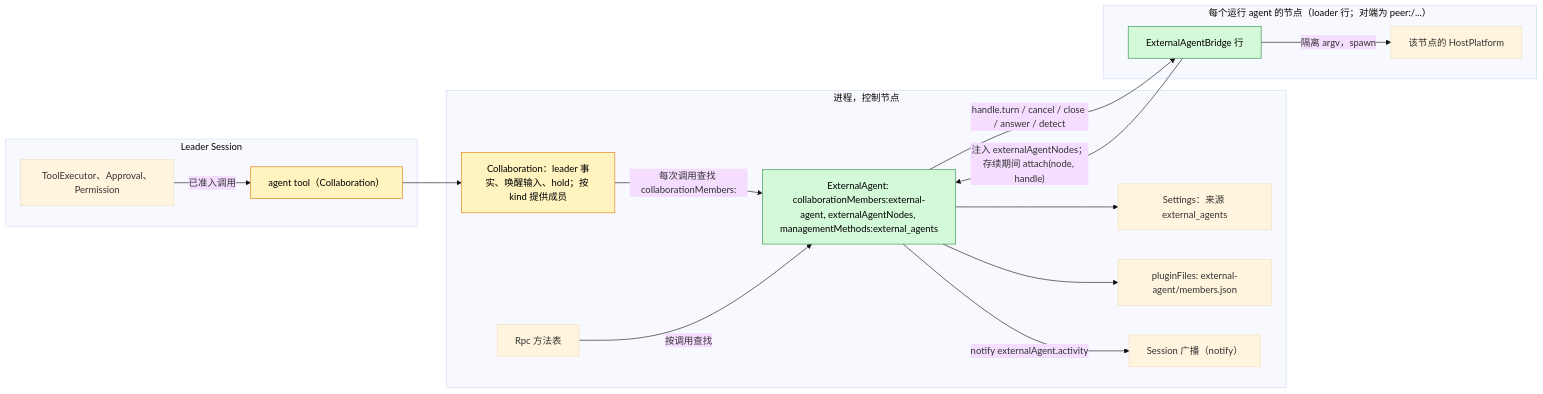
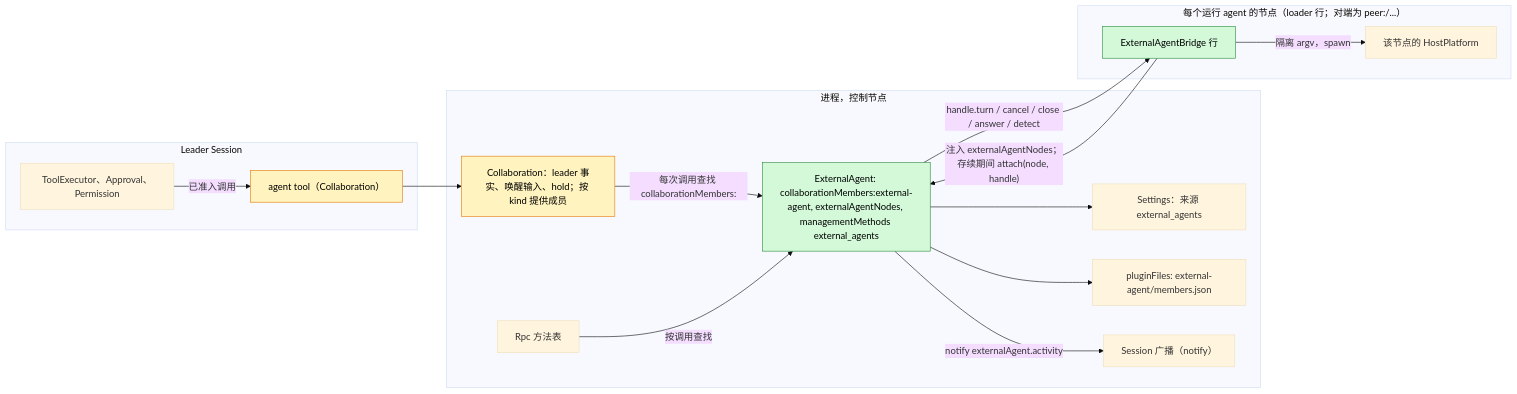
The first of 4 diagrams in docs/zh/design/plugins/ExternalAgent.md (CoutinhoTTS/dim-agent), drawn with Mermaid (base theme) before and after one commit. The commit also changed other lines of this file and 163 other files, not shown here.

````diff
--- a/docs/zh/design/plugins/ExternalAgent.md
+++ b/docs/zh/design/plugins/ExternalAgent.md
@@ -31,31 +31,31 @@
 ```mermaid
 flowchart LR
   classDef new fill:#d3f9d8,stroke:#2b8a3e,color:#000
   classDef chg fill:#fff3bf,stroke:#e67700,color:#000
   subgraph leader["Leader Session"]
     Tool["agent tool（Collaboration）"]:::chg
     TE["ToolExecutor、Approval、Permission"]
   end
   subgraph proc["进程，控制节点"]
     Coll["Collaboration：leader 事实、唤醒输入、hold；按 kind 提供成员"]:::chg
-    EA["ExternalAgent: collaborationMembers:external-agent, externalAgentNodes, managementMethods:external_agents"]:::new
+    EA["ExternalAgent: collaborationMembers:external-agent, externalAgentNodes, managementMethods external_agents"]:::new
     Settings["Settings：来源 external_agents"]
     PF["pluginFiles: external-agent/members.json"]
     SB["Session 广播（notify）"]
     Rpc["Rpc 方法表"]
   end
   subgraph node["每个运行 agent 的节点（loader 行；对端为 peer:<node>/...）"]
     BR["ExternalAgentBridge 行"]:::new
     HP["该节点的 HostPlatform"]
   end
   TE -->|"已准入调用"| Tool
   Tool --> Coll
   Coll -->|"每次调用查找 collaborationMembers:<kind>"| EA
   BR -->|"注入 externalAgentNodes；存续期间 attach(node, handle)"| EA
   EA -->|"handle.turn / cancel / close / answer / detect"| BR
   BR -->|"隔离 argv，spawn"| HP
   EA -->|"notify externalAgent.activity"| SB
   Rpc -->|"按调用查找"| EA
   EA --> Settings
   EA --> PF
 ```
````
